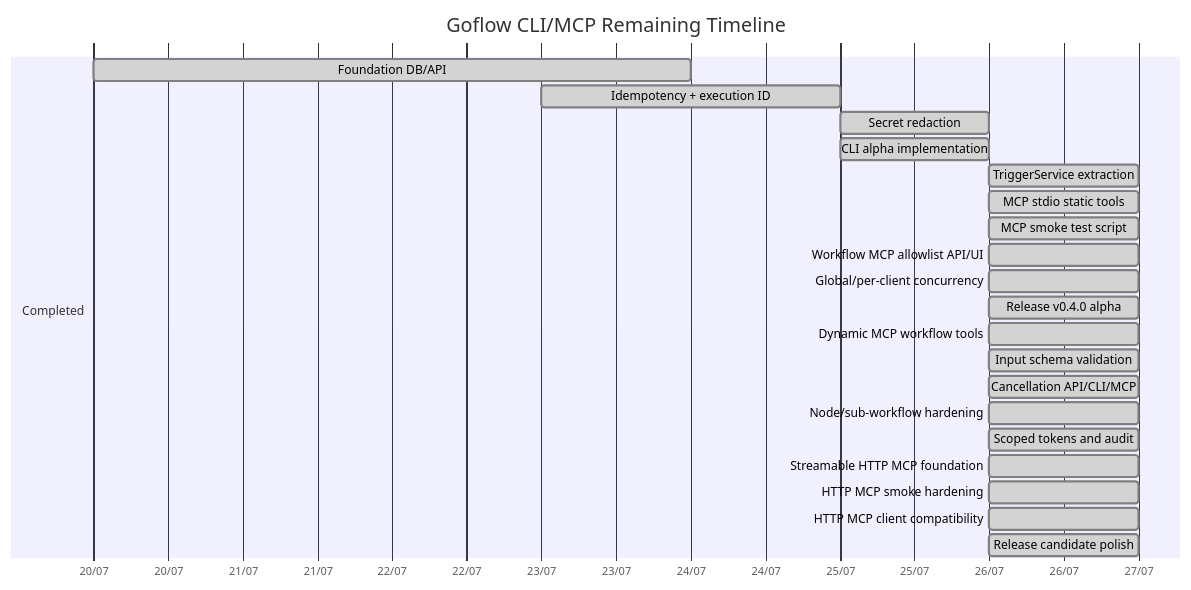
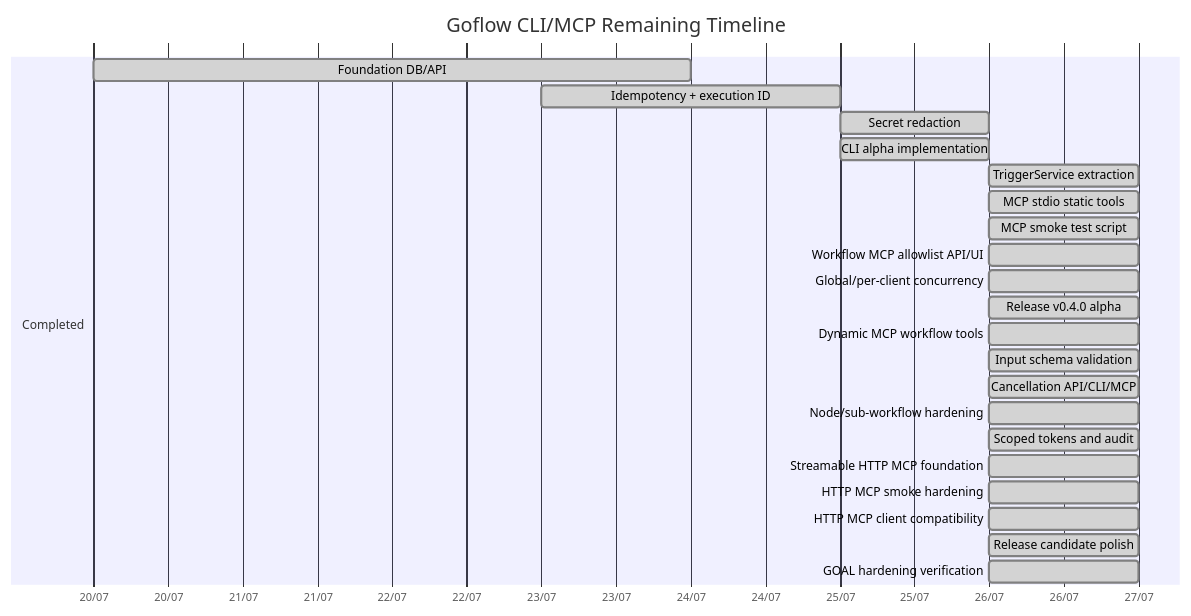
Before and after one commit to hstptcn5/Goflow: the second of 2 diagrams in ROADMAP_PROGRESS.md, drawn with Mermaid. The commit also changed other lines of this file and 26 other files, not shown here.

````diff
--- a/ROADMAP_PROGRESS.md
+++ b/ROADMAP_PROGRESS.md
@@ -88,29 +95,30 @@
 ```mermaid
 gantt
     title Goflow CLI/MCP Remaining Timeline
     dateFormat  YYYY-MM-DD
     axisFormat  %d/%m
 
     section Completed
     Foundation DB/API             :done, f1, 2026-07-20, 4d
     Idempotency + execution ID     :done, f2, 2026-07-23, 2d
     Secret redaction               :done, f3, 2026-07-25, 1d
     CLI alpha implementation       :done, cli1, 2026-07-25, 1d
     TriggerService extraction      :done, svc1, 2026-07-26, 1d
     MCP stdio static tools         :done, mcp1, 2026-07-26, 1d
     MCP smoke test script          :done, mcp2, 2026-07-26, 1d
     Workflow MCP allowlist API/UI  :done, mcp3, 2026-07-26, 1d
     Global/per-client concurrency  :done, hard0, 2026-07-26, 1d
     Release v0.4.0 alpha           :done, rel1, 2026-07-26, 1d
     Dynamic MCP workflow tools     :done, mcp4, 2026-07-26, 1d
     Input schema validation        :done, mcp5, 2026-07-26, 1d
     Cancellation API/CLI/MCP       :done, hard2, 2026-07-26, 1d
     Node/sub-workflow hardening    :done, hard1, 2026-07-26, 1d
     Scoped tokens and audit        :done, sec1, 2026-07-26, 1d
 
     section Completed
     Streamable HTTP MCP foundation :done, http1, 2026-07-26, 1d
     HTTP MCP smoke hardening       :done, http2, 2026-07-26, 1d
     HTTP MCP client compatibility  :done, http3, 2026-07-26, 1d
     Release candidate polish       :done, rc1, 2026-07-26, 1d
+    GOAL hardening verification    :done, goal1, 2026-07-26, 1d
 ```
````
